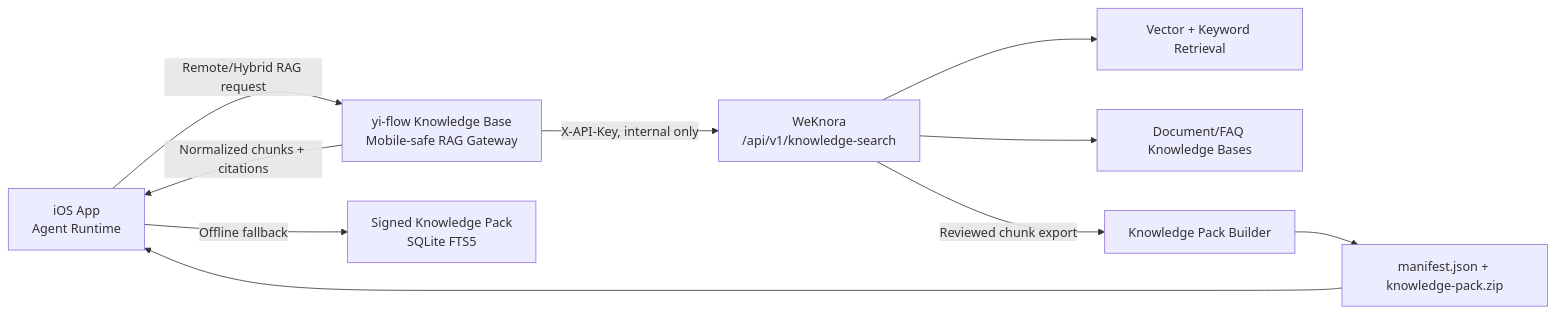
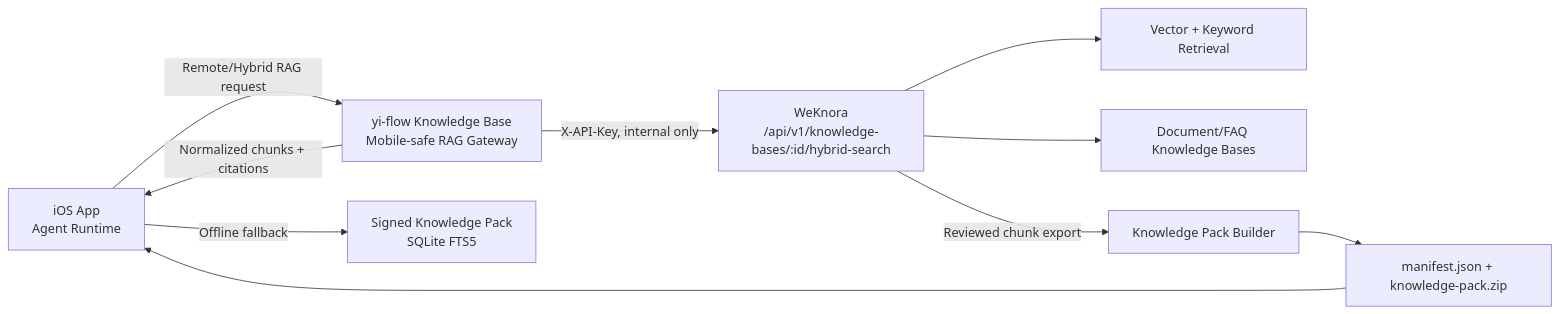
The diagram in docs/rag/weknora-poc.md (henry-insomniac/yi-flow-knowledge-base), drawn with Mermaid before and after one commit. The commit also changed other lines of this file and 1 other file, not shown here.

Commit message:
Align WeKnora POC smoke with hybrid search

````diff
--- a/docs/rag/weknora-poc.md
+++ b/docs/rag/weknora-poc.md
@@ -11,12 +11,12 @@
 ```mermaid
 flowchart LR
   App["iOS App\nAgent Runtime"] -->|Remote/Hybrid RAG request| Gateway["yi-flow Knowledge Base\nMobile-safe RAG Gateway"]
   App -->|Offline fallback| LocalPack["Signed Knowledge Pack\nSQLite FTS5"]
-  Gateway -->|X-API-Key, internal only| WeKnora["WeKnora\n/api/v1/knowledge-search"]
+  Gateway -->|X-API-Key, internal only| WeKnora["WeKnora\n/api/v1/knowledge-bases/:id/hybrid-search"]
   WeKnora --> Vector["Vector + Keyword Retrieval"]
   WeKnora --> Docs["Document/FAQ Knowledge Bases"]
   Gateway -->|Normalized chunks + citations| App
   WeKnora -->|Reviewed chunk export| Builder["Knowledge Pack Builder"]
   Builder --> SignedPack["manifest.json + knowledge-pack.zip"]
   SignedPack --> App
 ```
````
